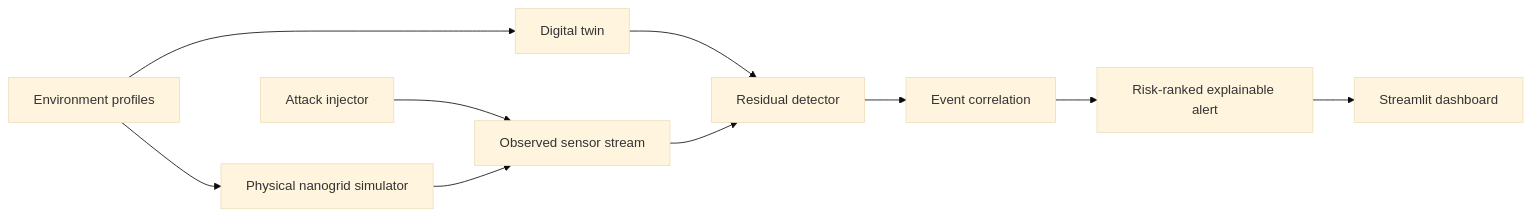
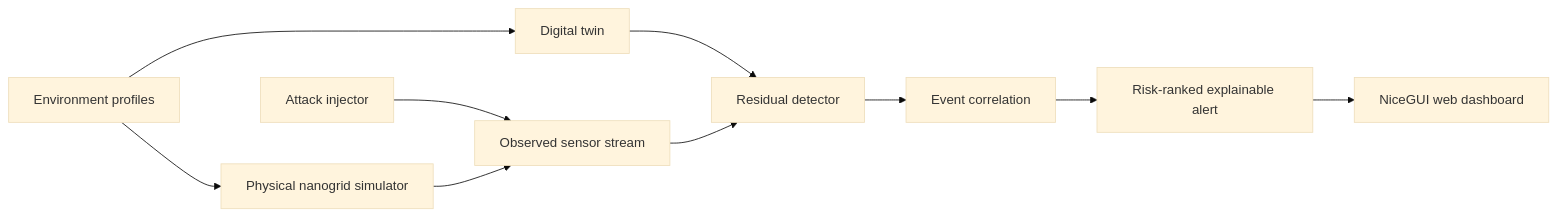
The diagram in docs/architecture.md (AVryonides/cps-sentinel), drawn with Mermaid (base theme) before and after one commit. The commit also changed 8 other files, not shown here.

Commit message:
feat: redesign dashboard with NiceGUI

````diff
--- a/docs/architecture.md
+++ b/docs/architecture.md
@@ -16,12 +16,12 @@
 ```mermaid
 flowchart LR
     E[Environment profiles] --> P[Physical nanogrid simulator]
     E --> T[Digital twin]
     A[Attack injector] --> S[Observed sensor stream]
     P --> S
     T --> R[Residual detector]
     S --> R
     R --> C[Event correlation]
     C --> L[Risk-ranked explainable alert]
-    L --> D[Streamlit dashboard]
+    L --> D[NiceGUI web dashboard]
 ```
````
